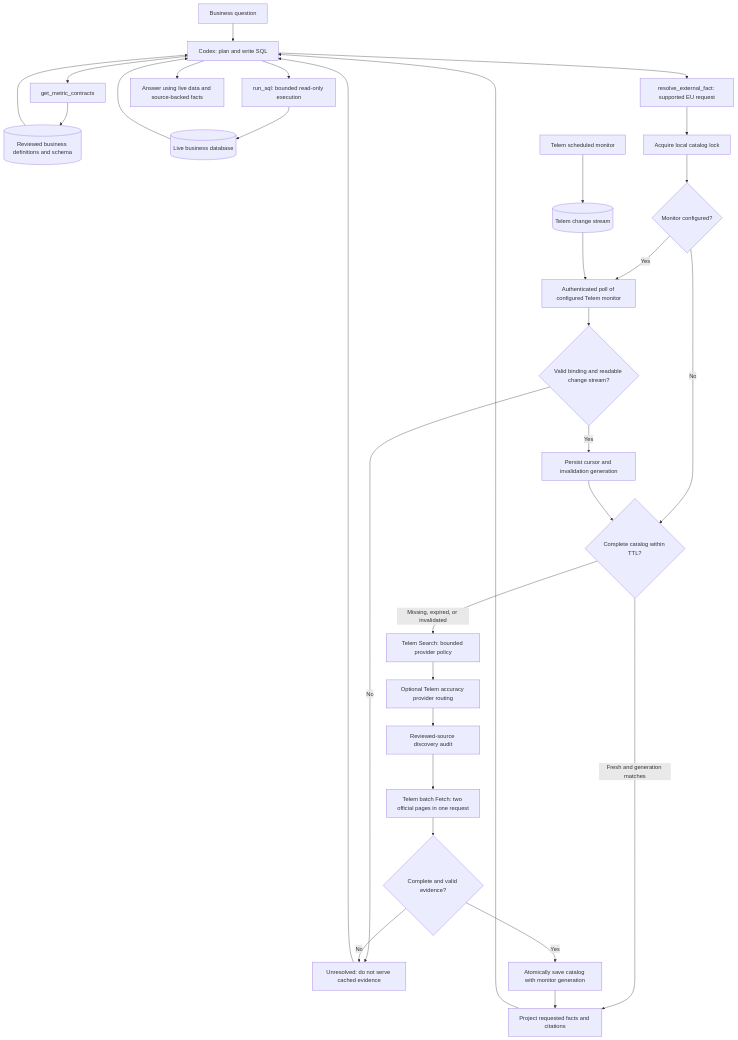
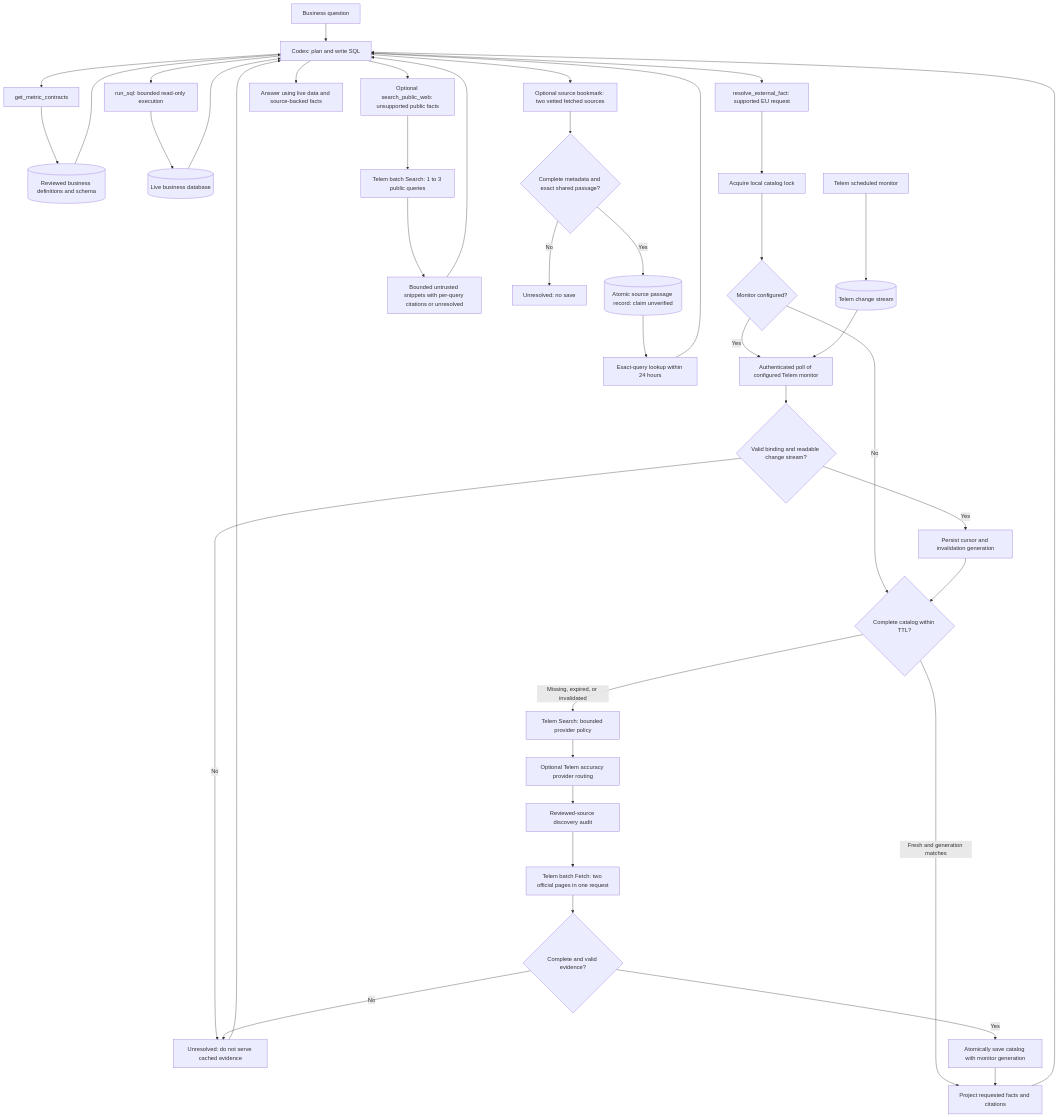
One commit to nisarg1499/lesser-tokenzz changed the first of 2 diagrams in docs/architecture.md. Above: the diagram before and after it, drawn with Mermaid. The commit also changed other lines of this file and 10 other files, not shown here.

Commit message:
Add bounded Telem batch web fallback and fail-closed source bookmarks

````diff
--- a/docs/architecture.md
+++ b/docs/architecture.md
@@ -9,33 +9,43 @@
 ```mermaid
 flowchart TD
     U[Business question] --> A[Codex: plan and write SQL]
     A --> B[get_metric_contracts]
     B --> BC[(Reviewed business definitions and schema)]
     BC --> A
     A --> Q[run_sql: bounded read-only execution]
     Q --> DB[(Live business database)]
     DB --> A
     A --> R[resolve_external_fact: supported EU request]
     R --> L[Acquire local catalog lock]
     L --> M{Monitor configured?}
     M -- No --> C{Complete catalog within TTL?}
     M -- Yes --> P[Authenticated poll of configured Telem monitor]
     P --> V{Valid binding and readable change stream?}
     V -- No --> X[Unresolved: do not serve cached evidence]
     V -- Yes --> G[Persist cursor and invalidation generation]
     G --> C
     C -- Fresh and generation matches --> H[Project requested facts and citations]
     C -- Missing, expired, or invalidated --> S[Telem Search: bounded provider policy]
     S --> RT[Optional Telem accuracy provider routing]
     RT --> D[Reviewed-source discovery audit]
     D --> F[Telem batch Fetch: two official pages in one request]
     F --> E{Complete and valid evidence?}
     E -- No --> X
     E -- Yes --> W[Atomically save catalog with monitor generation]
     W --> H
     H --> A
     X --> A
+    A --> PS[Optional search_public_web: unsupported public facts]
+    PS --> BS[Telem batch Search: 1 to 3 public queries]
+    BS --> US[Bounded untrusted snippets with per-query citations or unresolved]
+    US --> A
+    A --> SB[Optional source bookmark: two vetted fetched sources]
+    SB --> SC{Complete metadata and exact shared passage?}
+    SC -- No --> SU[Unresolved: no save]
+    SC -- Yes --> SP[(Atomic source passage record: claim unverified)]
+    SP --> SL[Exact-query lookup within 24 hours]
+    SL --> A
     A --> O[Answer using live data and source-backed facts]
     TM[Telem scheduled monitor] --> CS[(Telem change stream)]
     CS --> P
 ```
````
